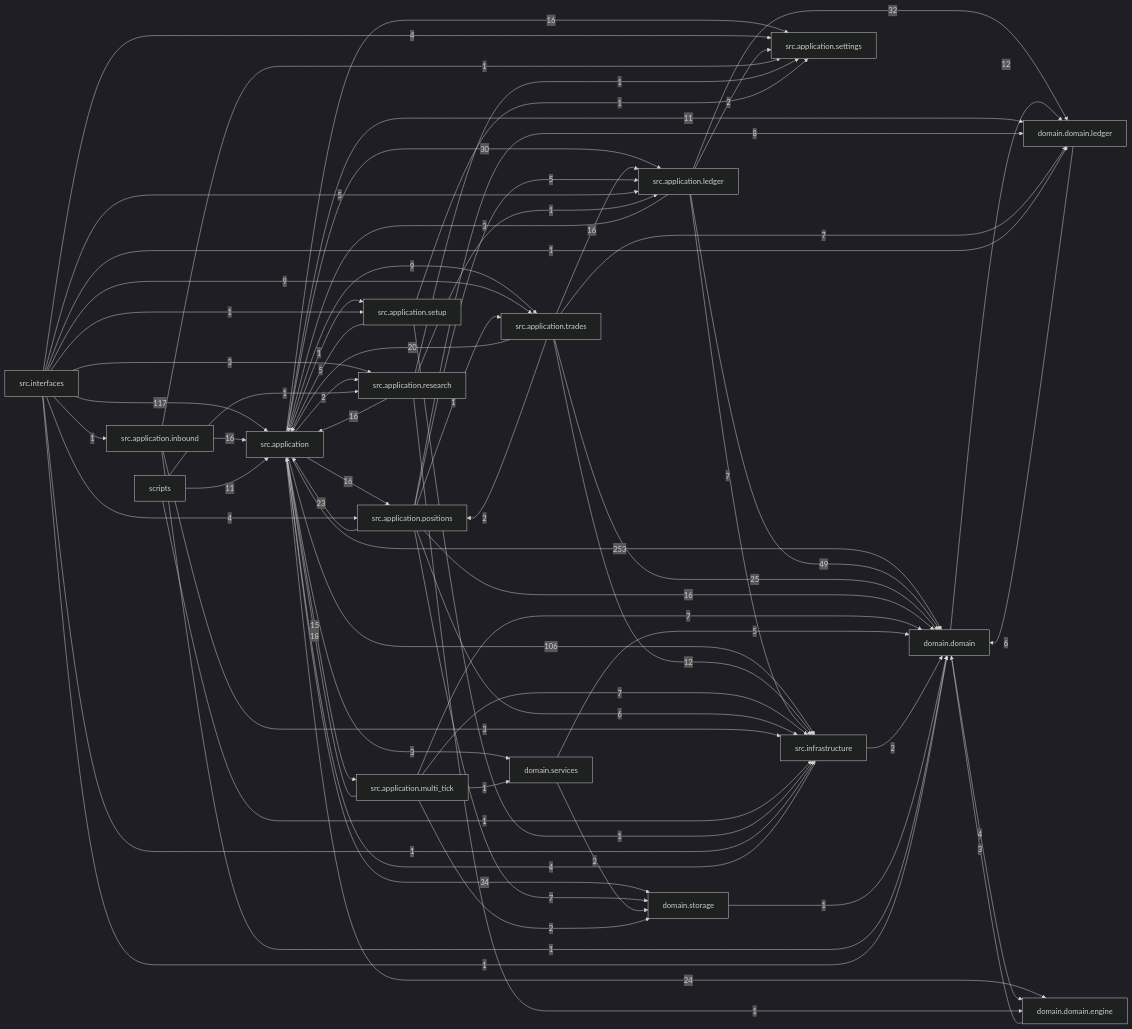
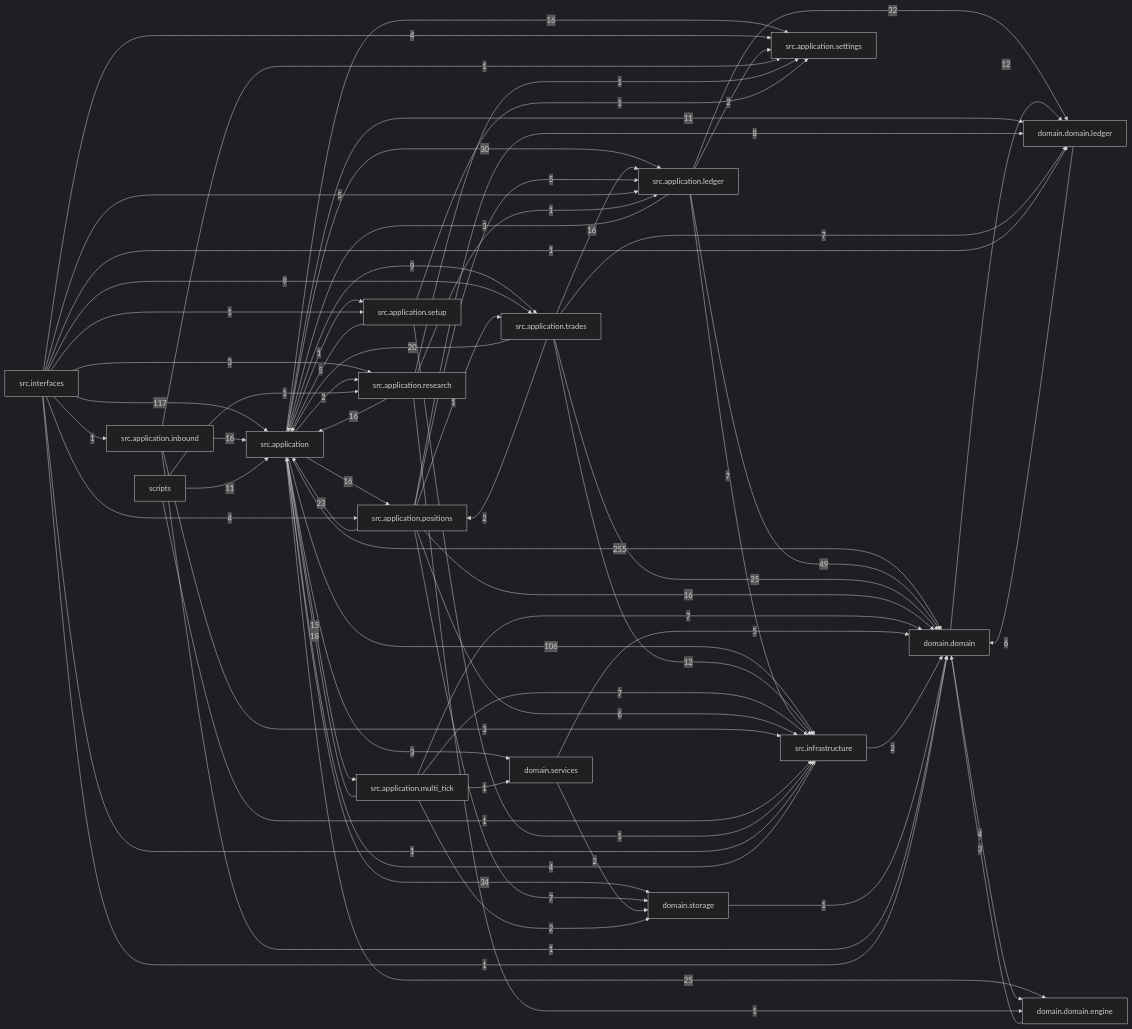
Before and after one commit to liuxie066/options-monitor: the diagram in docs/dependency_graph.mmd, drawn with Mermaid (dark theme). The commit also changed 24 other files, not shown here.

```diff
--- a/docs/dependency_graph.mmd
+++ b/docs/dependency_graph.mmd
@@ -1,71 +1,71 @@
 flowchart LR
-  src_application["src.application"] -->|253| domain_domain["domain.domain"]
+  src_application["src.application"] -->|255| domain_domain["domain.domain"]
   src_interfaces["src.interfaces"] -->|117| src_application["src.application"]
   src_application["src.application"] -->|106| src_infrastructure["src.infrastructure"]
   src_application_ledger["src.application.ledger"] -->|49| domain_domain["domain.domain"]
   src_application["src.application"] -->|34| domain_storage["domain.storage"]
   src_application_ledger["src.application.ledger"] -->|32| domain_domain_ledger["domain.domain.ledger"]
   src_application["src.application"] -->|30| src_application_ledger["src.application.ledger"]
+  src_application["src.application"] -->|25| domain_domain_engine["domain.domain.engine"]
   src_application_trades["src.application.trades"] -->|25| domain_domain["domain.domain"]
-  src_application["src.application"] -->|24| domain_domain_engine["domain.domain.engine"]
   src_application_positions["src.application.positions"] -->|23| src_application["src.application"]
   src_application_trades["src.application.trades"] -->|20| src_application["src.application"]
   src_application_multi_tick["src.application.multi_tick"] -->|18| src_application["src.application"]
   src_application["src.application"] -->|16| src_application_positions["src.application.positions"]
   src_application["src.application"] -->|16| src_application_settings["src.application.settings"]
   src_application_inbound["src.application.inbound"] -->|16| src_application["src.application"]
   src_application_positions["src.application.positions"] -->|16| domain_domain["domain.domain"]
   src_application_research["src.application.research"] -->|16| src_application["src.application"]
   src_application_trades["src.application.trades"] -->|16| src_application_ledger["src.application.ledger"]
   src_application["src.application"] -->|15| src_application_multi_tick["src.application.multi_tick"]
   domain_domain["domain.domain"] -->|12| domain_domain_ledger["domain.domain.ledger"]
   src_application_trades["src.application.trades"] -->|12| src_infrastructure["src.infrastructure"]
   scripts["scripts"] -->|11| src_application["src.application"]
   src_application["src.application"] -->|11| domain_domain_ledger["domain.domain.ledger"]
   src_application["src.application"] -->|9| src_application_trades["src.application.trades"]
   src_interfaces["src.interfaces"] -->|9| src_application_trades["src.application.trades"]
   src_application_positions["src.application.positions"] -->|8| domain_domain_ledger["domain.domain.ledger"]
   src_application_ledger["src.application.ledger"] -->|7| src_infrastructure["src.infrastructure"]
   src_application_multi_tick["src.application.multi_tick"] -->|7| domain_domain["domain.domain"]
   src_application_multi_tick["src.application.multi_tick"] -->|7| src_infrastructure["src.infrastructure"]
   src_application_positions["src.application.positions"] -->|7| domain_storage["domain.storage"]
   src_application_trades["src.application.trades"] -->|7| domain_domain_ledger["domain.domain.ledger"]
   domain_domain_ledger["domain.domain.ledger"] -->|6| domain_domain["domain.domain"]
   src_application_positions["src.application.positions"] -->|6| src_infrastructure["src.infrastructure"]
   domain_services["domain.services"] -->|5| domain_domain["domain.domain"]
   src_application_positions["src.application.positions"] -->|5| src_application_ledger["src.application.ledger"]
   src_application_setup["src.application.setup"] -->|5| src_application["src.application"]
   src_interfaces["src.interfaces"] -->|5| src_application_ledger["src.application.ledger"]
   domain_domain["domain.domain"] -->|4| domain_domain_engine["domain.domain.engine"]
   src_infrastructure["src.infrastructure"] -->|4| src_application["src.application"]
   src_interfaces["src.interfaces"] -->|4| src_application_positions["src.application.positions"]
   src_interfaces["src.interfaces"] -->|4| src_application_settings["src.application.settings"]
   domain_domain_engine["domain.domain.engine"] -->|3| domain_domain["domain.domain"]
   src_application["src.application"] -->|3| domain_services["domain.services"]
   src_application_inbound["src.application.inbound"] -->|3| src_infrastructure["src.infrastructure"]
   src_application_ledger["src.application.ledger"] -->|3| src_application["src.application"]
   src_interfaces["src.interfaces"] -->|3| src_application_research["src.application.research"]
   domain_services["domain.services"] -->|2| domain_storage["domain.storage"]
   src_application["src.application"] -->|2| src_application_research["src.application.research"]
   src_application_ledger["src.application.ledger"] -->|2| src_application_settings["src.application.settings"]
   src_application_multi_tick["src.application.multi_tick"] -->|2| domain_storage["domain.storage"]
   src_application_trades["src.application.trades"] -->|2| src_application_positions["src.application.positions"]
   src_infrastructure["src.infrastructure"] -->|2| domain_domain["domain.domain"]
   domain_storage["domain.storage"] -->|1| domain_domain["domain.domain"]
   scripts["scripts"] -->|1| src_application_research["src.application.research"]
   scripts["scripts"] -->|1| src_infrastructure["src.infrastructure"]
   src_application["src.application"] -->|1| src_application_setup["src.application.setup"]
   src_application_inbound["src.application.inbound"] -->|1| domain_domain["domain.domain"]
   src_application_inbound["src.application.inbound"] -->|1| src_application_settings["src.application.settings"]
   src_application_multi_tick["src.application.multi_tick"] -->|1| domain_services["domain.services"]
   src_application_positions["src.application.positions"] -->|1| src_application_trades["src.application.trades"]
   src_application_research["src.application.research"] -->|1| domain_domain_engine["domain.domain.engine"]
   src_application_research["src.application.research"] -->|1| src_application_ledger["src.application.ledger"]
   src_application_research["src.application.research"] -->|1| src_application_settings["src.application.settings"]
   src_application_setup["src.application.setup"] -->|1| src_application_settings["src.application.settings"]
   src_application_setup["src.application.setup"] -->|1| src_infrastructure["src.infrastructure"]
   src_interfaces["src.interfaces"] -->|1| domain_domain["domain.domain"]
   src_interfaces["src.interfaces"] -->|1| domain_domain_ledger["domain.domain.ledger"]
   src_interfaces["src.interfaces"] -->|1| src_application_inbound["src.application.inbound"]
   src_interfaces["src.interfaces"] -->|1| src_application_setup["src.application.setup"]
   src_interfaces["src.interfaces"] -->|1| src_infrastructure["src.infrastructure"]
```
